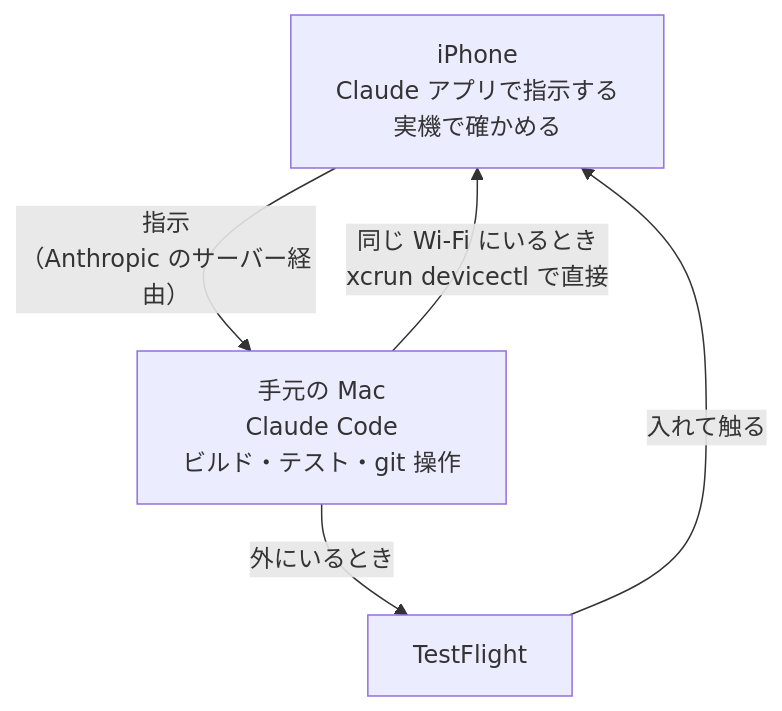
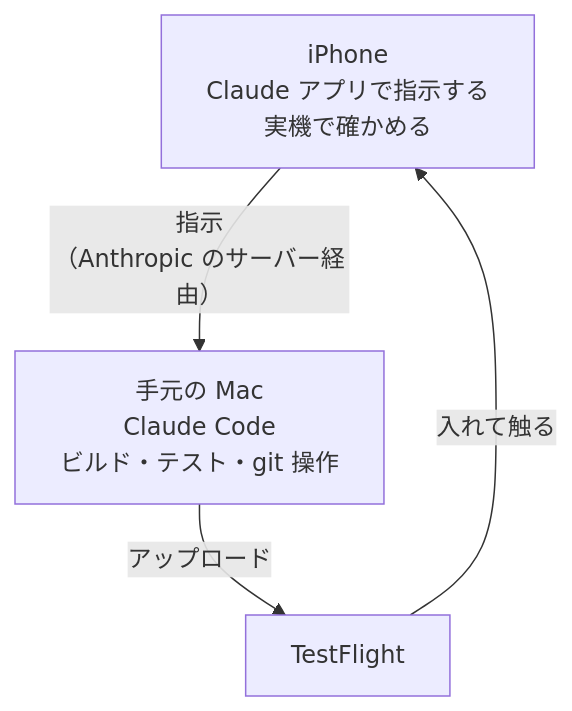
The diagram in articles/mobile-dev-from-phone-with-claude.md (kwmt/zenn-content), drawn with Mermaid before and after one commit. The commit also changed other lines of this file, not shown here.

First line of the commit message:
📝 cut everything that isn't about building from the phone

````diff
--- a/articles/mobile-dev-from-phone-with-claude.md
+++ b/articles/mobile-dev-from-phone-with-claude.md
@@ -36,11 +32,10 @@
 ```mermaid
 graph TD
     Phone["iPhone<br/>Claude アプリで指示する<br/>実機で確かめる"]
     Mac["手元の Mac<br/>Claude Code<br/>ビルド・テスト・git 操作"]
     TF["TestFlight"]
 
     Phone -->|"指示<br/>（Anthropic のサーバー経由）"| Mac
-    Mac -->|"外にいるとき"| TF
+    Mac -->|"アップロード"| TF
     TF -->|"入れて触る"| Phone
-    Mac -->|"同じ Wi-Fi にいるとき<br/>xcrun devicectl で直接"| Phone
 ```
````
